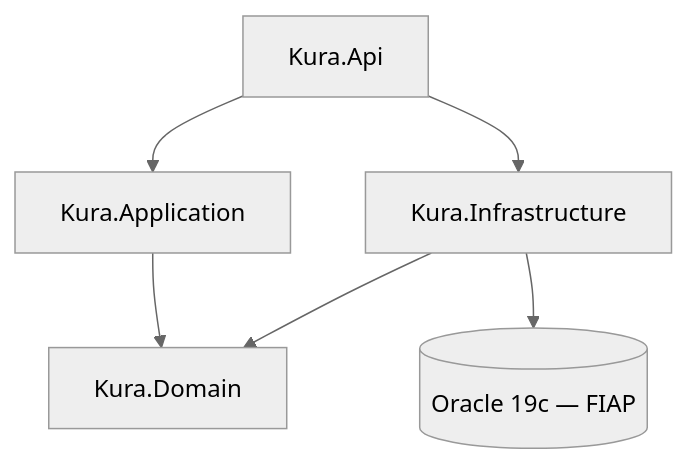
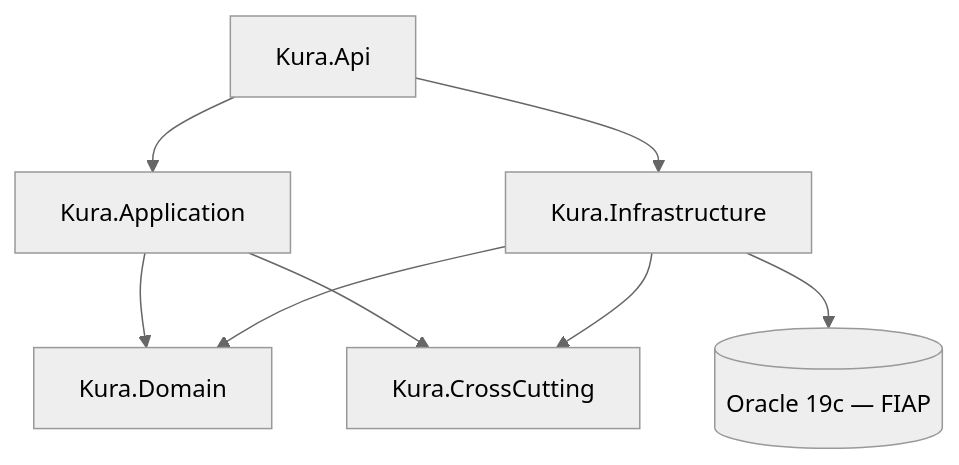
Before and after one commit to Clyvo-Vet/backend-clinica-dotnet: the diagram in README.md, drawn with Mermaid (neutral theme). The commit also changed other lines of this file and 3 other files, not shown here.

First line of the commit message:
docs(observability): correct NomeFonte rationale, add Kura.CrossCutting to README, drop stray BOMs (S3D-04c)

````diff
--- a/README.md
+++ b/README.md
@@ -38,8 +38,10 @@
 ```mermaid
 graph TD
     A[Kura.Api] --> B[Kura.Application]
     A --> C[Kura.Infrastructure]
     B --> D[Kura.Domain]
     C --> D
+    B --> F[Kura.CrossCutting]
+    C --> F
     C --> E[(Oracle 19c — FIAP)]
 ```
````
